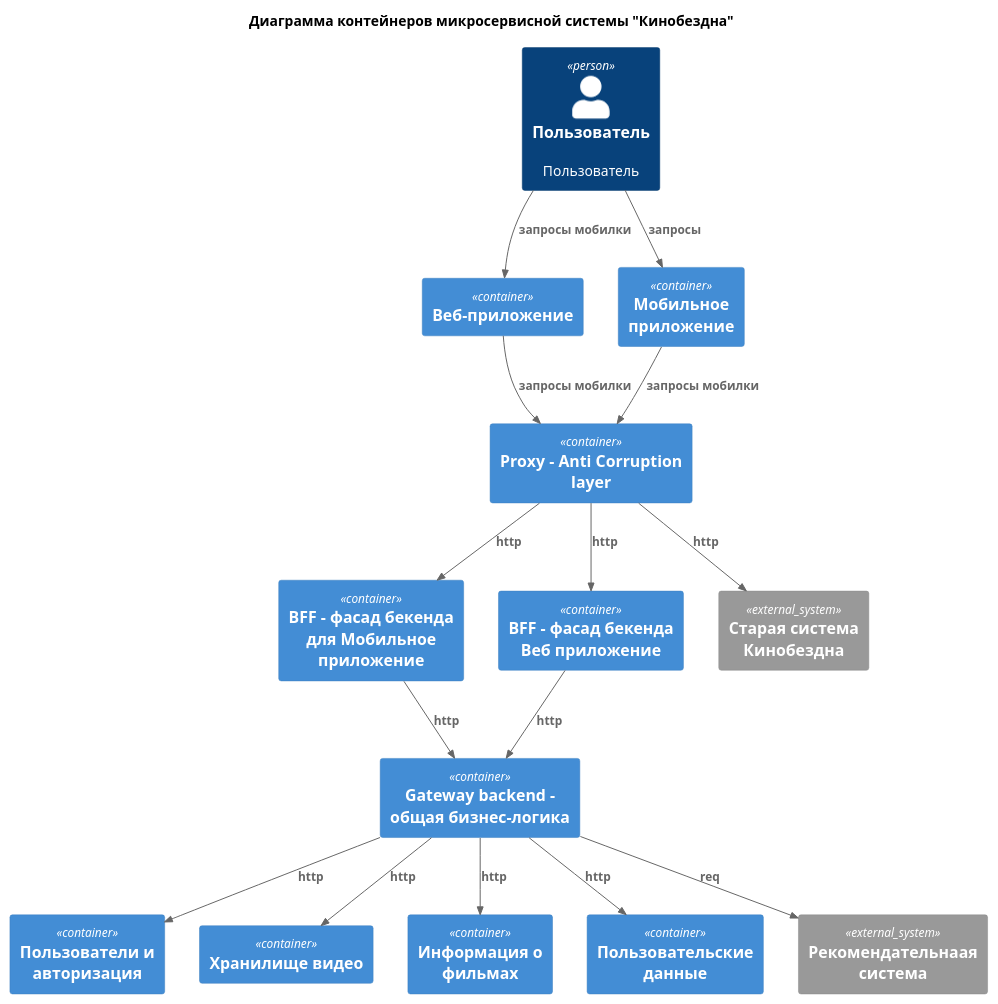
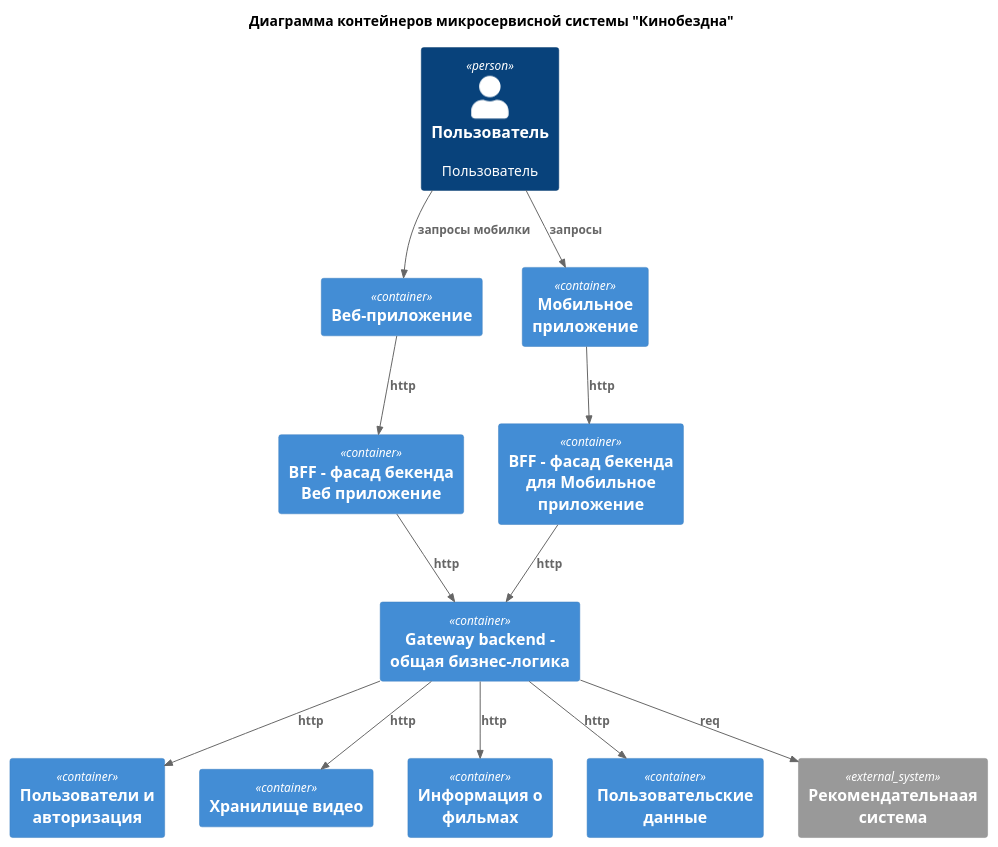
One commit to aleksey6150-2/architecture-pro-cinemaabyss changed the diagram in schemas/01_to_be.puml. Above: the diagram before and after it, drawn with PlantUML. The commit also changed 1 other file, not shown here.

```diff
--- a/schemas/01_to_be.puml
+++ b/schemas/01_to_be.puml
@@ -1,45 +1,39 @@
 @startuml
 !include https://raw.githubusercontent.com/plantuml-stdlib/C4-PlantUML/master/C4_Container.puml
 
 title Диаграмма контейнеров микросервисной системы "Кинобездна"
 
 Person(user, "Пользователь", "Пользователь")
 
 Container(web_app, "Веб-приложение")
 Container(mobile_app, "Мобильное приложение")
 
 Container(bff_mobile, "BFF - фасад бекенда для Мобильное приложение")
 Container(bff_web, "BFF - фасад бекенда Веб приложение")
 Container(gateway, "Gateway backend - общая бизнес-логика")
 
 Container(users_auth, "Пользователи и авторизация")
 Container(video_fs, "Хранилище видео")
 Container(video_metadata, "Информация о фильмах")
 Container(user_data, "Пользовательские данные")
 
-Container(acl, "Proxy - Anti Corruption layer")
-System_Ext(old_kinobezdna, "Старая система Кинобездна")
-
 System_Ext(ext_recommended, "Рекомендательнаая система")
 
 Rel(user, web_app, "запросы мобилки")
 Rel(user, mobile_app, "запросы")
-Rel(mobile_app, acl, "запросы мобилки")
-Rel(web_app, acl, "запросы мобилки")
 Rel(bff_mobile, gateway, "http")
 Rel(bff_web, gateway, "http")
 
 Rel(gateway, users_auth, "http")
 Rel(gateway, video_fs, "http")
 Rel(gateway, video_metadata, "http")
 Rel(gateway, user_data, "http")
 
 Rel(gateway, ext_recommended, "req")
 
-Rel(acl, bff_mobile, "http")
-Rel(acl, bff_web, "http")
-Rel(acl, old_kinobezdna, "http")
+Rel(mobile_app, bff_mobile, "http")
+Rel(web_app, bff_web, "http")
 
 
 
 @enduml
```
